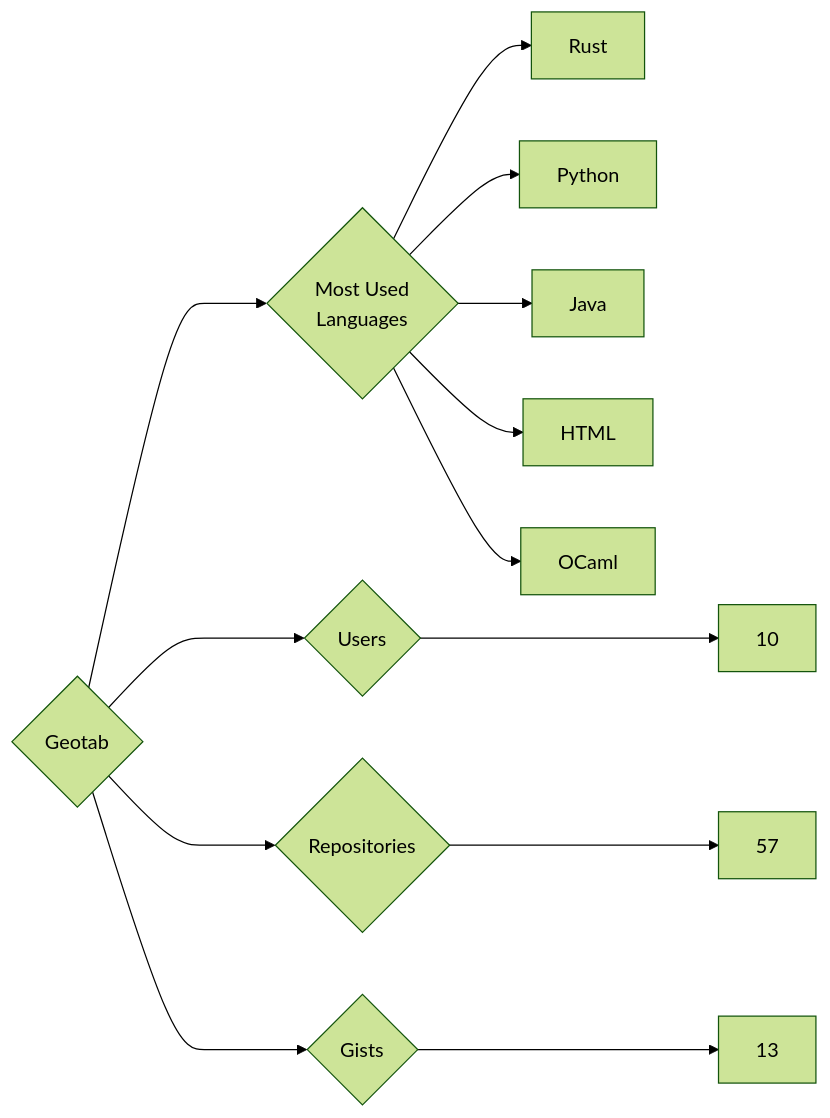
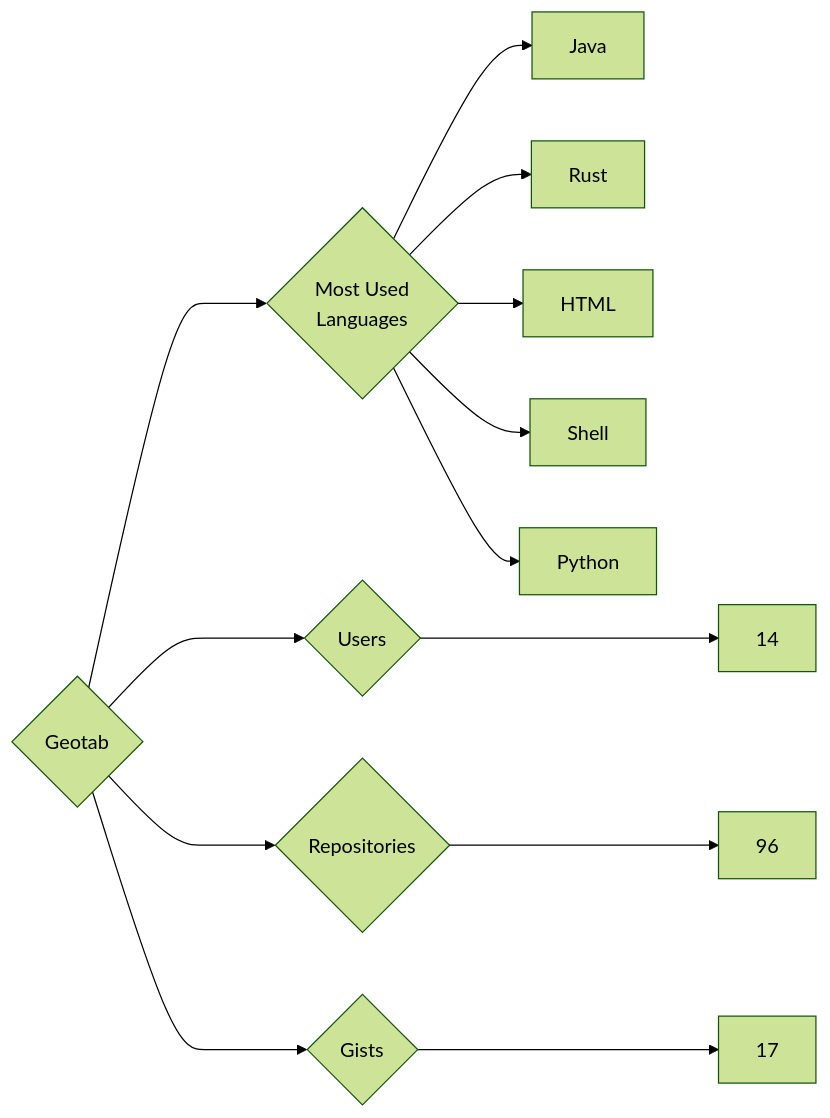
Before and after one commit to trickest/insiders: the diagram in targets/Geotab/README.md, drawn with Mermaid (forest theme). The commit also changed 1120 other files, not shown here.

````diff
--- a/targets/Geotab/README.md
+++ b/targets/Geotab/README.md
@@ -3,13 +3,13 @@
 ```mermaid
 graph LR
 COMPANY_NAME{Geotab}
-COMPANY_NAME ---> U{Users} ---> UN[10]
-COMPANY_NAME ---> R{Repositories} ---> RN[57]
-COMPANY_NAME ---> G{Gists} ---> GN[13]
+COMPANY_NAME ---> U{Users} ---> UN[14]
+COMPANY_NAME ---> R{Repositories} ---> RN[96]
+COMPANY_NAME ---> G{Gists} ---> GN[17]
 COMPANY_NAME ---> ML{Most Used<br>Languages}
+ML --> Java[Java]
 ML --> Rust[Rust]
+ML --> HTML[HTML]
+ML --> Shell[Shell]
 ML --> Python[Python]
-ML --> Java[Java]
-ML --> HTML[HTML]
-ML --> OCaml[OCaml]
 ```
````
